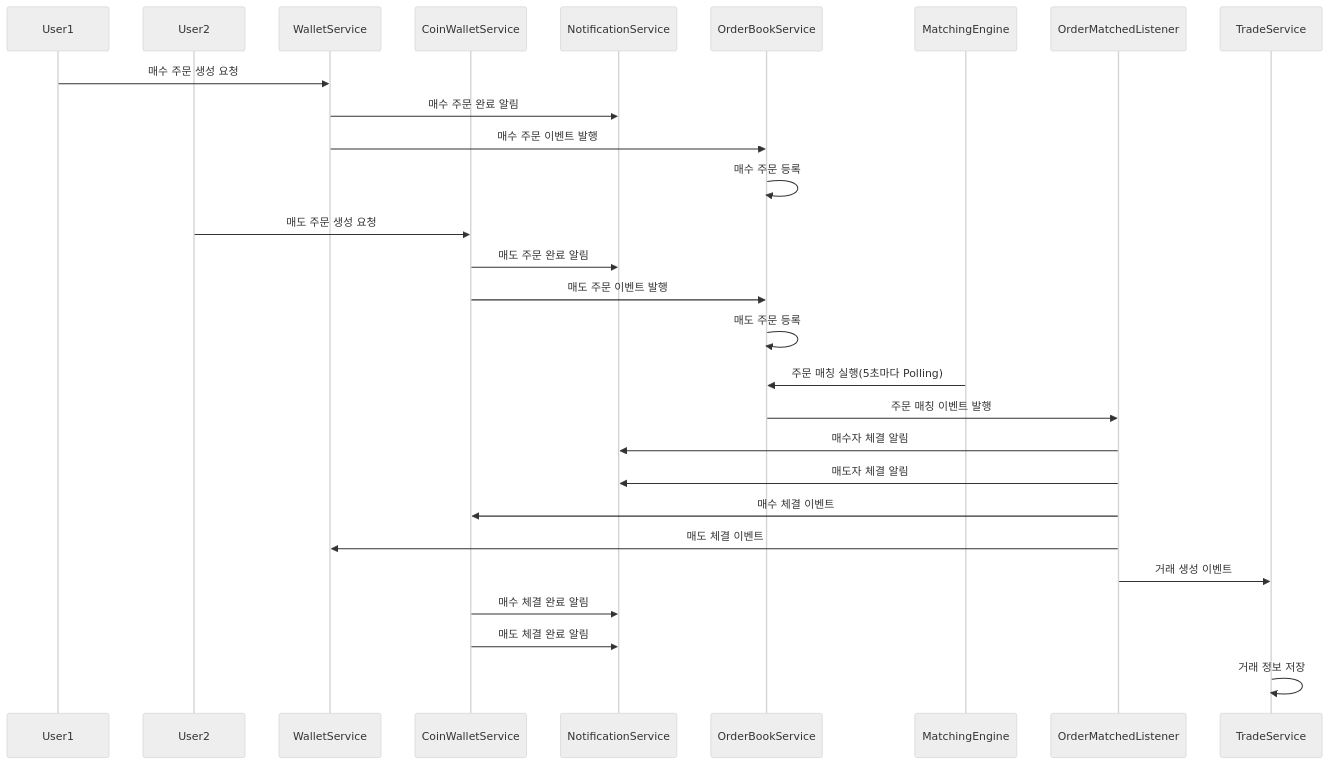
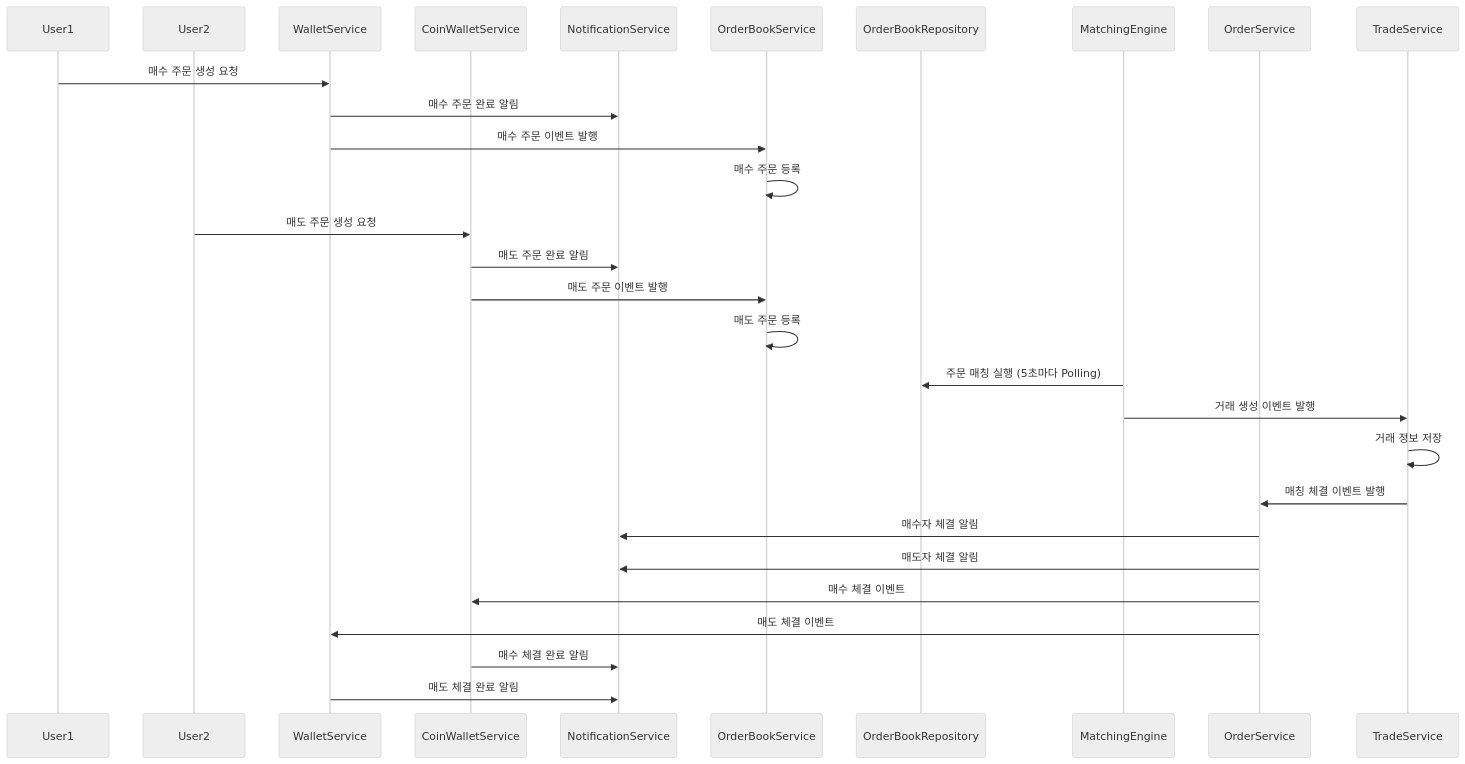
The diagram in docs/플로우.md (dudxor4587/coin-exchange), drawn with Mermaid (neutral theme) before and after one commit.

Commit message:
docs: 시퀀스 다이어그램 수정

````diff
--- a/docs/플로우.md
+++ b/docs/플로우.md
@@ -20,40 +20,43 @@
 ```mermaid
-sequenceDiagram
+    sequenceDiagram
     participant User1
     participant User2
     participant WalletService
     participant CoinWalletService
     participant NotificationService
     participant OrderBookService
+    participant OrderBookRepository
     participant MatchingEngine
-    participant OrderMatchedListener
+    participant OrderService
     participant TradeService
-
-%% 매수 주문 흐름
+    
+    %% 매수 주문 흐름
     User1->>WalletService: 매수 주문 생성 요청
     WalletService->>NotificationService: 매수 주문 완료 알림
     WalletService->>OrderBookService: 매수 주문 이벤트 발행
     OrderBookService->>OrderBookService: 매수 주문 등록
-
-%% 매도 주문 흐름
+    
+    %% 매도 주문 흐름
     User2->>CoinWalletService: 매도 주문 생성 요청
     CoinWalletService->>NotificationService: 매도 주문 완료 알림
     CoinWalletService->>OrderBookService: 매도 주문 이벤트 발행
     OrderBookService->>OrderBookService: 매도 주문 등록
-
-%% 주문 매칭
-    MatchingEngine->>OrderBookService: 주문 매칭 실행(5초마다 Polling)
-    OrderBookService->>OrderMatchedListener: 주문 매칭 이벤트 발행
-
-%% 체결 후 처리
-    OrderMatchedListener->>NotificationService: 매수자 체결 알림
-    OrderMatchedListener->>NotificationService: 매도자 체결 알림
-    OrderMatchedListener->>CoinWalletService: 매수 체결 이벤트
-    OrderMatchedListener->>WalletService: 매도 체결 이벤트
-    OrderMatchedListener->>TradeService: 거래 생성 이벤트
-
-%% 체결 완료 처리
+    
+    %% 주문 매칭
+    MatchingEngine->>OrderBookRepository: 주문 매칭 실행 (5초마다 Polling)
+    MatchingEngine->>TradeService: 거래 생성 이벤트 발행
+    TradeService->>TradeService: 거래 정보 저장
+    
+    %% 매칭 결과 처리
+    TradeService->>OrderService: 매칭 체결 이벤트 발행
+    
+    %% 체결 후 처리
+    OrderService->>NotificationService: 매수자 체결 알림
+    OrderService->>NotificationService: 매도자 체결 알림
+    OrderService->>CoinWalletService: 매수 체결 이벤트
+    OrderService->>WalletService: 매도 체결 이벤트
+    
+    %% 체결 완료 처리
     CoinWalletService->>NotificationService: 매수 체결 완료 알림
-    CoinWalletService->>NotificationService: 매도 체결 완료 알림
-    TradeService->>TradeService: 거래 정보 저장
+    WalletService->>NotificationService: 매도 체결 완료 알림
 ```
````
